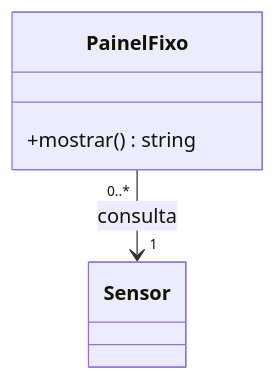
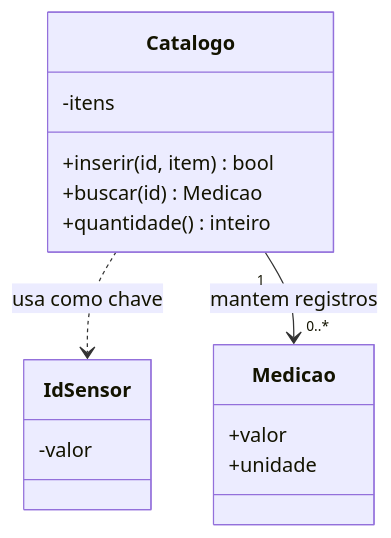
Before and after one commit to rafaelrezo/curso-poo: the first of 3 diagrams in docs/modelagem_analise_codigo/index.md, drawn with Mermaid. The commit also changed other lines of this file and 23 other files, not shown here.

````diff
--- a/docs/modelagem_analise_codigo/index.md
+++ b/docs/modelagem_analise_codigo/index.md
@@ -137,8 +43,18 @@
 ```mermaid
 classDiagram
-    class PainelFixo {
-        +mostrar() string
+    class Catalogo {
+        -itens
+        +inserir(id, item) bool
+        +buscar(id) Medicao
+        +quantidade() inteiro
     }
-    class Sensor
-    PainelFixo "0..*" --> "1" Sensor : consulta
+    class IdSensor {
+        -valor
+    }
+    class Medicao {
+        +valor
+        +unidade
+    }
+    Catalogo ..> IdSensor : usa como chave
+    Catalogo "1" --> "0..*" Medicao : mantem registros
 ```
````
